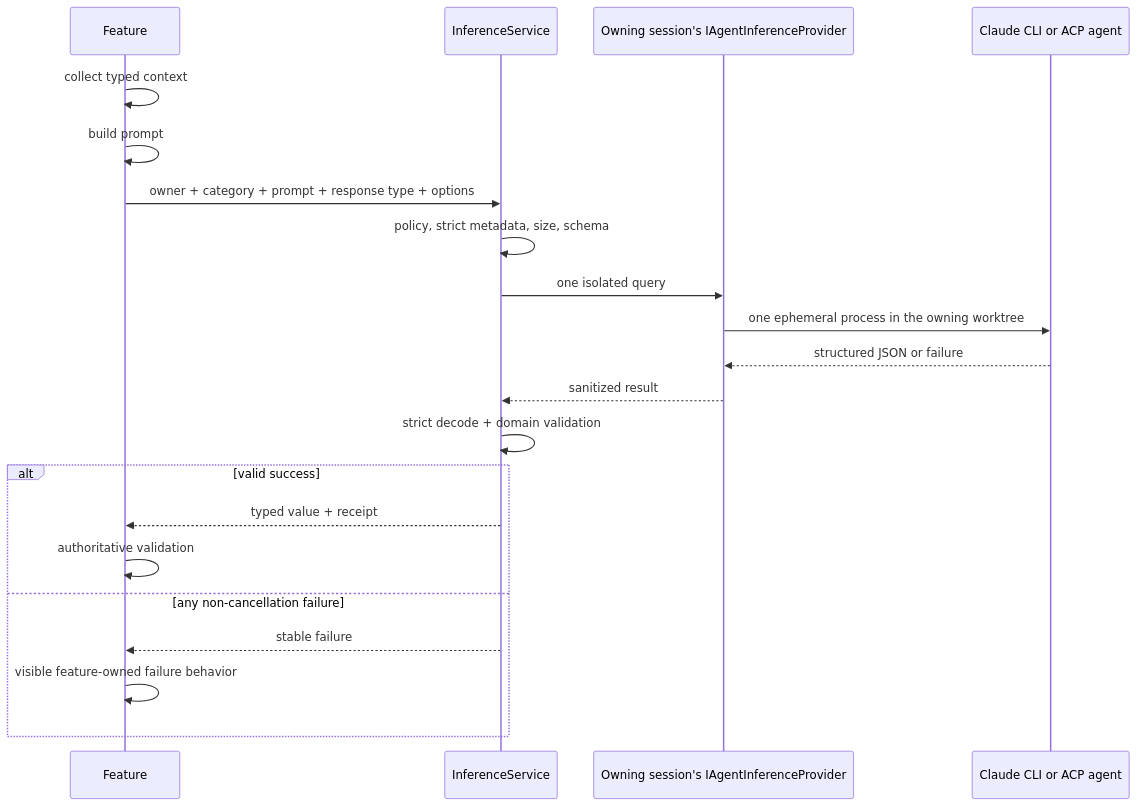
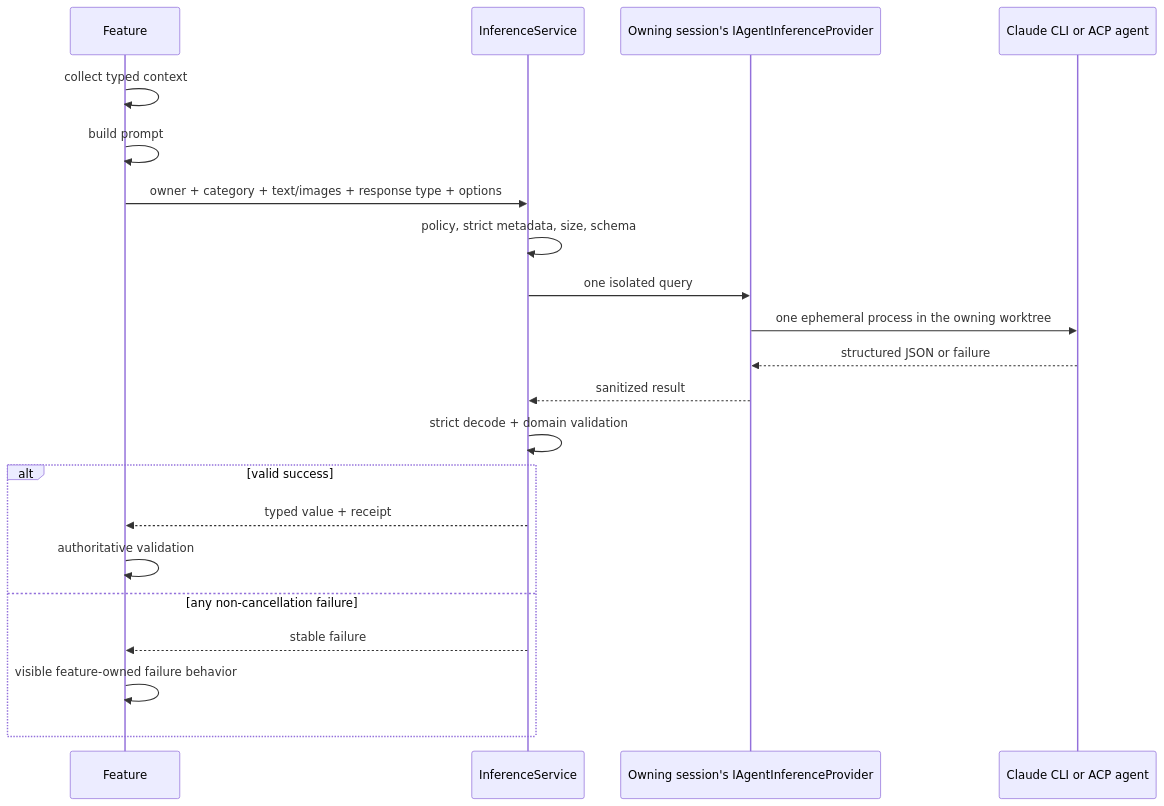
One commit to Kapps/weavie changed the diagram in docs/specs/ad-hoc-inference.md. Above: the diagram before and after it, drawn with Mermaid. The commit also changed other lines of this file and 36 other files, not shown here.

````diff
--- a/docs/specs/ad-hoc-inference.md
+++ b/docs/specs/ad-hoc-inference.md
@@ -124,24 +130,24 @@
 ```mermaid
 sequenceDiagram
     participant F as Feature
     participant S as InferenceService
     participant A as Owning session's IAgentInferenceProvider
     participant C as Claude CLI or ACP agent
 
     F->>F: collect typed context
     F->>F: build prompt
-    F->>S: owner + category + prompt + response type + options
+    F->>S: owner + category + text/images + response type + options
     S->>S: policy, strict metadata, size, schema
     S->>A: one isolated query
     A->>C: one ephemeral process in the owning worktree
     C-->>A: structured JSON or failure
     A-->>S: sanitized result
     S->>S: strict decode + domain validation
     alt valid success
         S-->>F: typed value + receipt
         F->>F: authoritative validation
     else any non-cancellation failure
         S-->>F: stable failure
         F->>F: visible feature-owned failure behavior
     end
 ```
````
